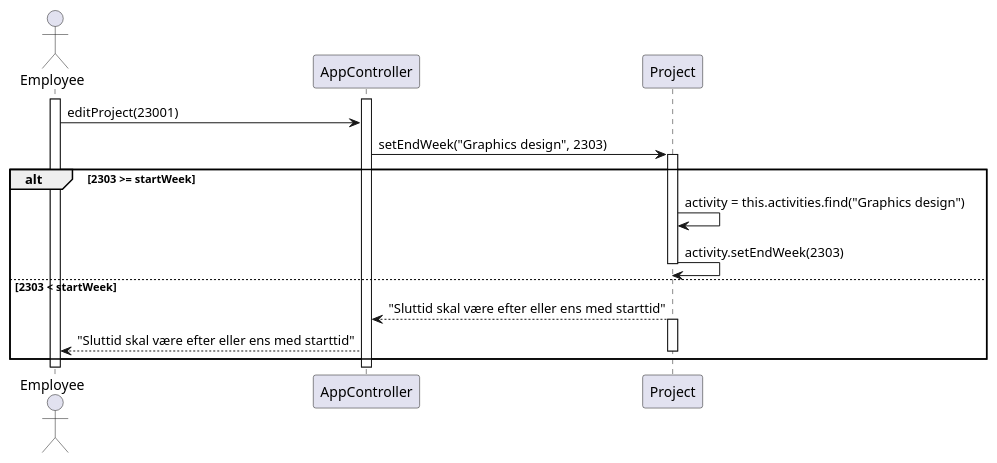
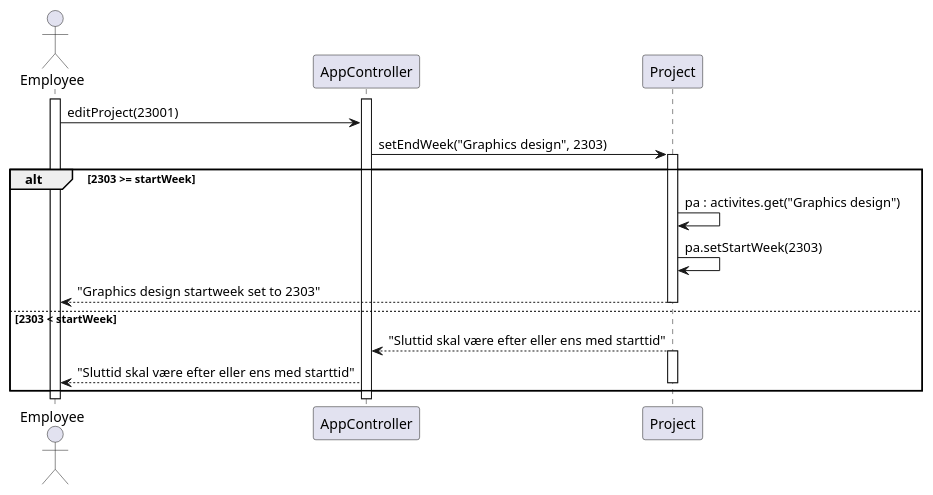
The diagram in RequirementsAndDesign/SequenceDiagrams/seq_create_activity_no_PL_case4.puml (rwiuff/02161ExamProject), drawn with PlantUML before and after one commit. The commit also changed 38 other files, not shown here.

Commit message:
Cleanup in graphics

```diff
--- a/RequirementsAndDesign/SequenceDiagrams/seq_create_activity_no_PL_case4.puml
+++ b/RequirementsAndDesign/SequenceDiagrams/seq_create_activity_no_PL_case4.puml
@@ -1,21 +1,22 @@
 @startuml createActivityNoPLCase4
 actor "Employee" as emp
 participant AppController as app
 participant Project as p
 
 activate emp
 activate app
 emp -> app : editProject(23001)
 app -> p : setEndWeek("Graphics design", 2303)
 activate p
 alt 2303 >= startWeek
-p -> p : activity = this.activities.find("Graphics design")
-p -> p : activity.setEndWeek(2303)
+p -> p : pa : activites.get("Graphics design")
+p -> p : pa.setStartWeek(2303)
+p --> emp : "Graphics design startweek set to 2303"
 else 2303 < startWeek
 deactivate p
 p --> app : "Sluttid skal være efter eller ens med starttid"
 activate p
 app --> emp : "Sluttid skal være efter eller ens med starttid"
 deactivate p
 end
 @enduml
```
